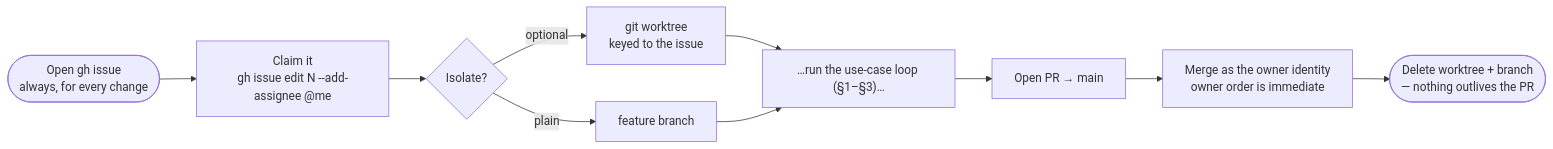
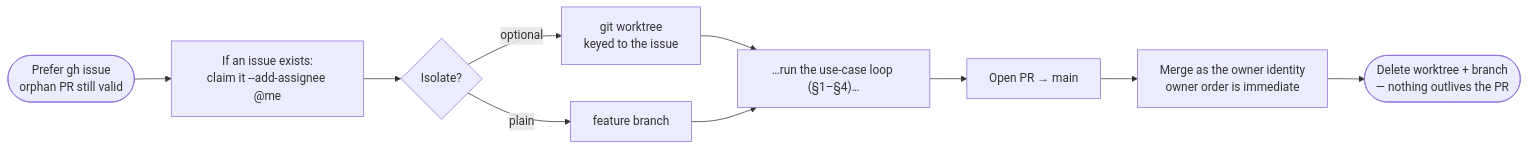
The third of 7 diagrams in docs/DEVELOPMENT-LOOP.md (kodexArg/harness-base), drawn with Mermaid before and after one commit. The commit also changed other lines of this file and 27 other files, not shown here.

````diff
--- a/docs/DEVELOPMENT-LOOP.md
+++ b/docs/DEVELOPMENT-LOOP.md
@@ -68,12 +97,12 @@
 ```mermaid
 flowchart LR
-    ISS(["Open gh issue<br/>always, for every change"]) --> CLAIM["Claim it<br/>gh issue edit N --add-assignee @me"]
+    ISS(["Prefer gh issue<br/>orphan PR still valid"]) --> CLAIM["If an issue exists:<br/>claim it --add-assignee @me"]
     CLAIM --> WT{"Isolate?"}
     WT -->|optional| WK["git worktree<br/>keyed to the issue"]
     WT -->|plain| BR["feature branch"]
-    WK --> WORK["…run the use-case loop (§1–§3)…"]
+    WK --> WORK["…run the use-case loop (§1–§4)…"]
     BR --> WORK
     WORK --> PR["Open PR → main"]
     PR --> MERGE["Merge as the owner identity<br/>owner order is immediate"]
     MERGE --> CLEAN(["Delete worktree + branch<br/>— nothing outlives the PR"])
 ```
````
